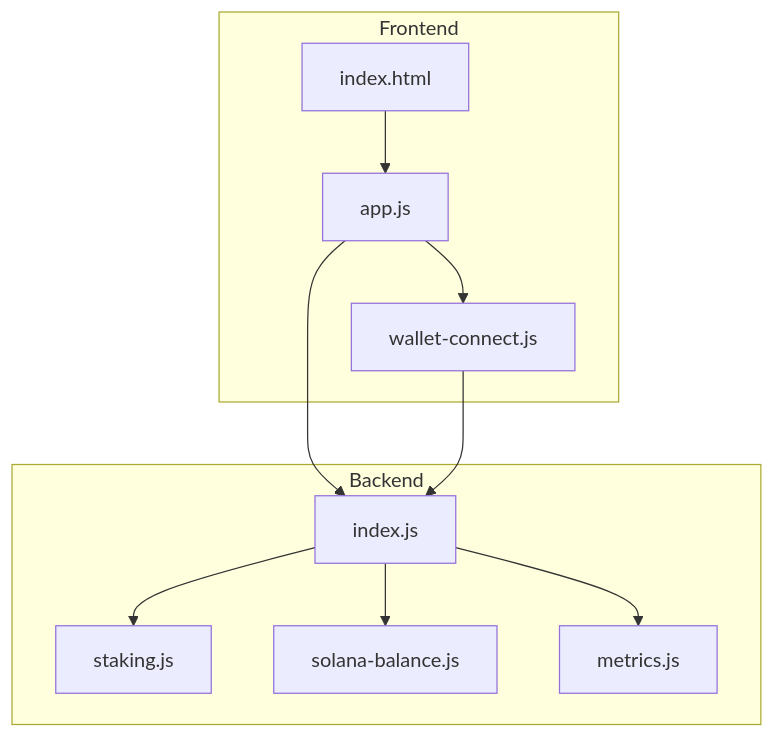
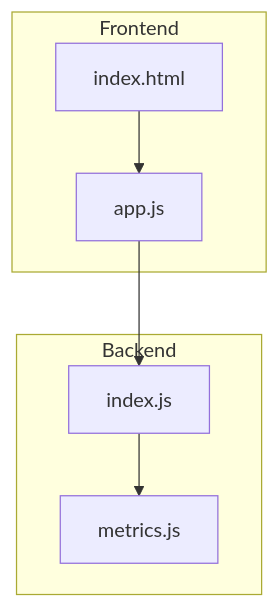
One commit to RunTimeAdmin/tri-ai changed the first of 6 diagrams in .qoder/repowiki/en/content/Staking & Access Control System/Staking & Access Control System.md. Above: the diagram before and after it, drawn with Mermaid. The commit also changed other lines of this file and 46 other files, not shown here.

````diff
--- a/.qoder/repowiki/en/content/Staking & Access Control System/Staking & Access Control System.md
+++ b/.qoder/repowiki/en/content/Staking & Access Control System/Staking & Access Control System.md
@@ -36,21 +44,14 @@
 ```mermaid
 graph TB
 subgraph "Frontend"
 UI["index.html"]
-WalletJS["wallet-connect.js"]
 AppJS["app.js"]
 end
 subgraph "Backend"
 Server["index.js"]
-Staking["staking.js"]
-Solana["solana-balance.js"]
 Metrics["metrics.js"]
 end
 UI --> AppJS
-AppJS --> WalletJS
 AppJS --> Server
-WalletJS --> Server
-Server --> Staking
-Server --> Solana
 Server --> Metrics
 ```
````
